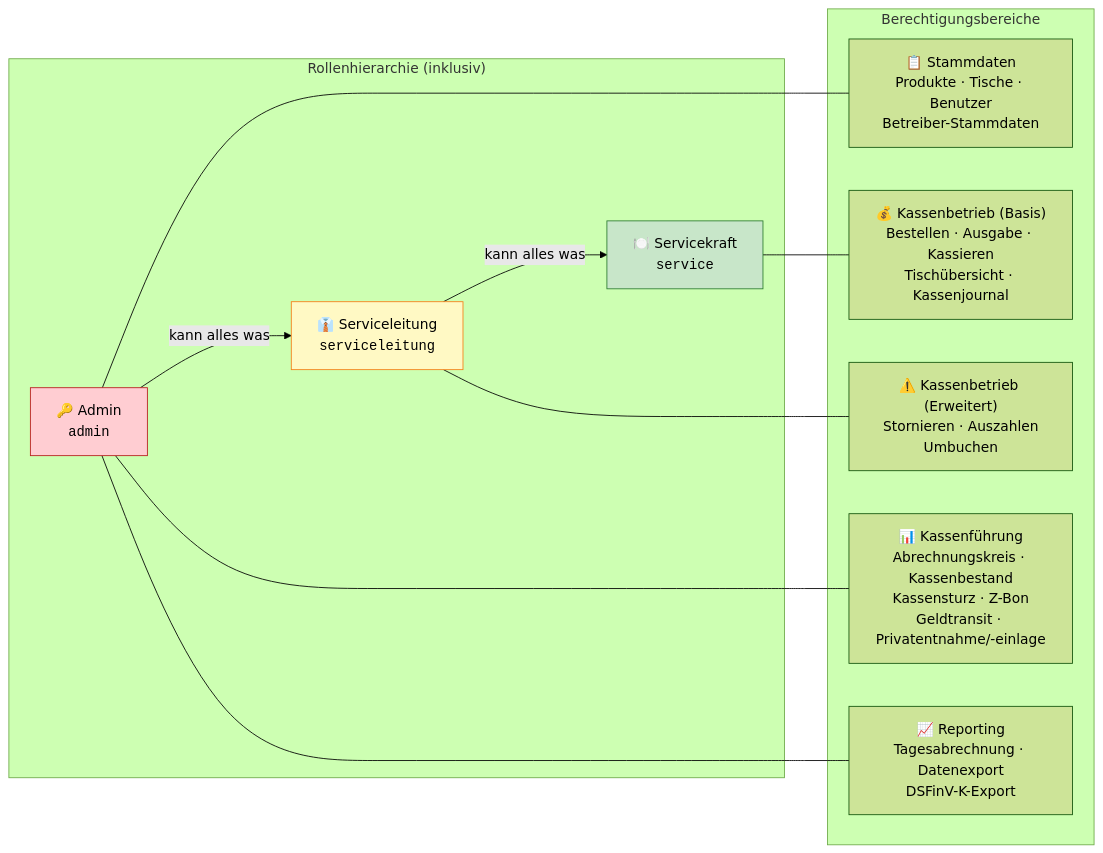
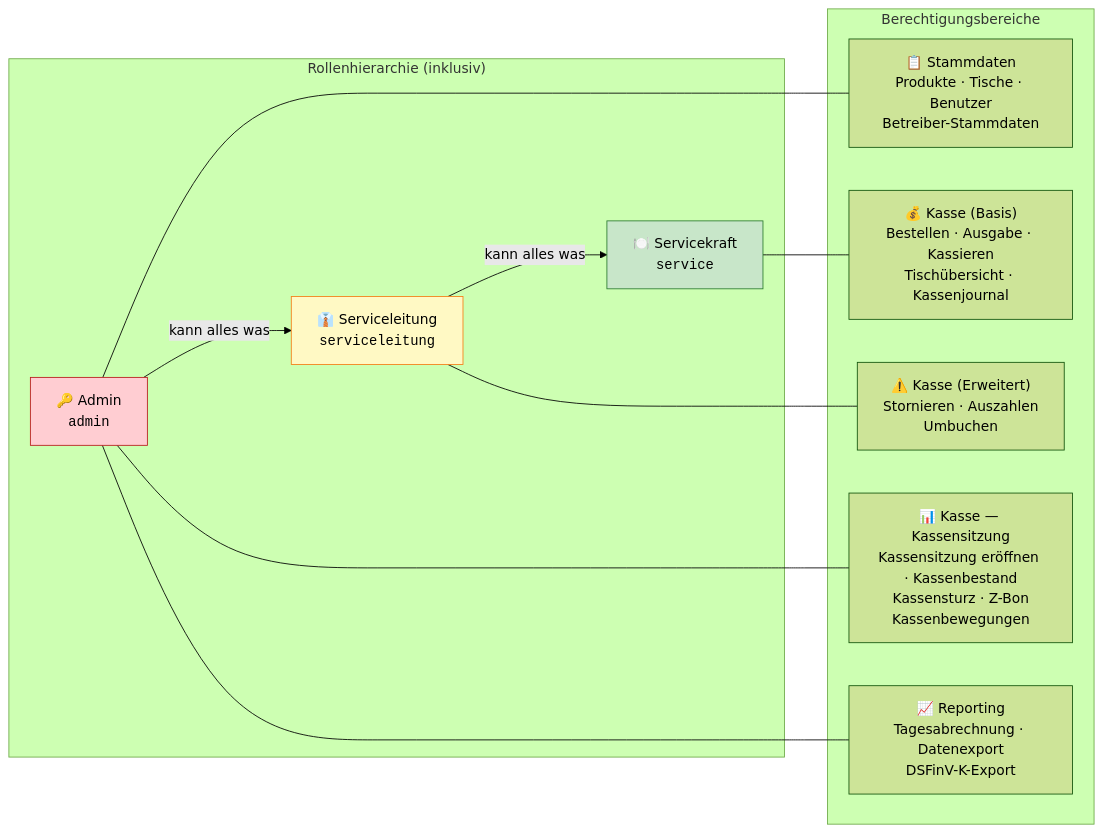
One commit to nicograef/jotti changed the third of 19 diagrams in docs/diagrams.md. Above: the diagram before and after it, drawn with Mermaid (forest theme). The commit also changed other lines of this file and 16 other files, not shown here.

````diff
--- a/docs/diagrams.md
+++ b/docs/diagrams.md
@@ -108,28 +99,28 @@
 ```mermaid
 graph LR
     subgraph rollen ["Rollenhierarchie (inklusiv)"]
         admin["🔑 Admin<br/><code>admin</code>"]
         sl["👔 Serviceleitung<br/><code>serviceleitung</code>"]
         sk["🍽️ Servicekraft<br/><code>service</code>"]
         admin -->|"kann alles was"| sl
         sl -->|"kann alles was"| sk
     end
 
     subgraph bereiche ["Berechtigungsbereiche"]
         stamm["📋 Stammdaten<br/>Produkte · Tische · Benutzer<br/>Betreiber-Stammdaten"]
-        basis["💰 Kassenbetrieb (Basis)<br/>Bestellen · Ausgabe · Kassieren<br/>Tischübersicht · Kassenjournal"]
-        erweitert["⚠️ Kassenbetrieb (Erweitert)<br/>Stornieren · Auszahlen<br/>Umbuchen"]
-        kf["📊 Kassenführung<br/>Abrechnungskreis · Kassenbestand<br/>Kassensturz · Z-Bon<br/>Geldtransit · Privatentnahme/-einlage"]
+        basis["💰 Kasse (Basis)<br/>Bestellen · Ausgabe · Kassieren<br/>Tischübersicht · Kassenjournal"]
+        erweitert["⚠️ Kasse (Erweitert)<br/>Stornieren · Auszahlen<br/>Umbuchen"]
+        kf["📊 Kasse — Kassensitzung<br/>Kassensitzung eröffnen · Kassenbestand<br/>Kassensturz · Z-Bon<br/>Kassenbewegungen"]
         reporting["📈 Reporting<br/>Tagesabrechnung · Datenexport<br/>DSFinV-K-Export"]
     end
 
     admin --- stamm
     admin --- kf
     admin --- reporting
     sl --- erweitert
     sk --- basis
 
     style admin fill:#ffcdd2,stroke:#b71c1c
     style sl fill:#fff9c4,stroke:#f57f17
     style sk fill:#c8e6c9,stroke:#2e7d32
 ```
````
